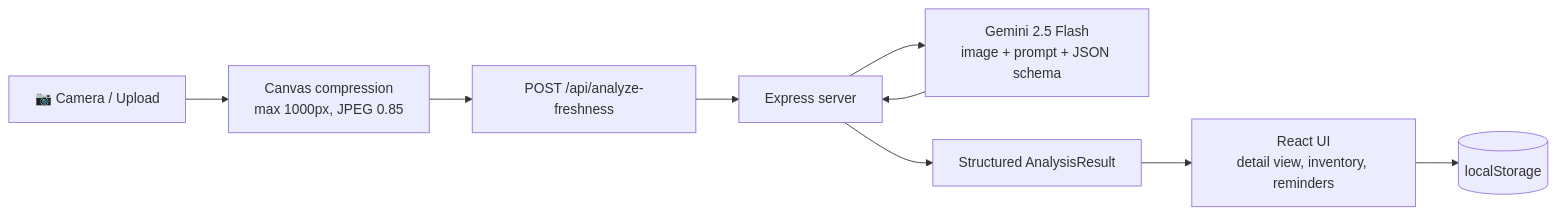
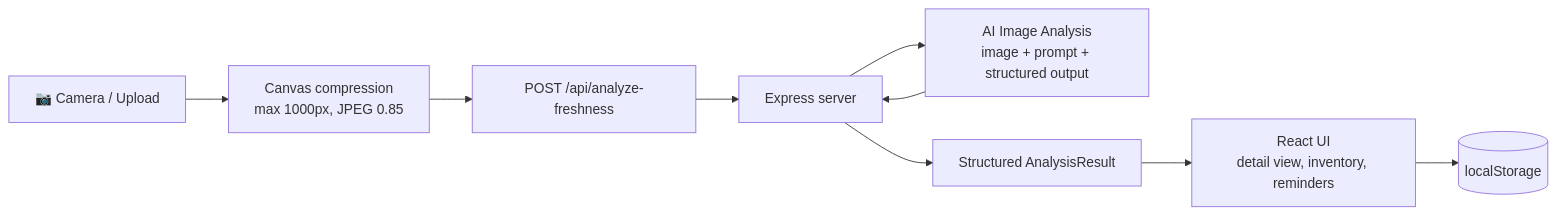
Before and after one commit to Abhay-07082005/food-freshness-app: the diagram in README.md, drawn with Mermaid. The commit also changed other lines of this file, not shown here.

````diff
--- a/README.md
+++ b/README.md
@@ -46,11 +50,19 @@
 ```mermaid
 flowchart LR
+
     A[📷 Camera / Upload] --> B[Canvas compression<br/>max 1000px, JPEG 0.85]
+
     B --> C[POST /api/analyze-freshness]
+
     C --> D[Express server]
-    D --> E[Gemini 2.5 Flash<br/>image + prompt + JSON schema]
+
+    D --> E[AI Image Analysis<br/>image + prompt + structured output]
+
     E --> D
+
     D --> F[Structured AnalysisResult]
+
     F --> G[React UI<br/>detail view, inventory, reminders]
+
     G --> H[(localStorage)]
 ```
````
